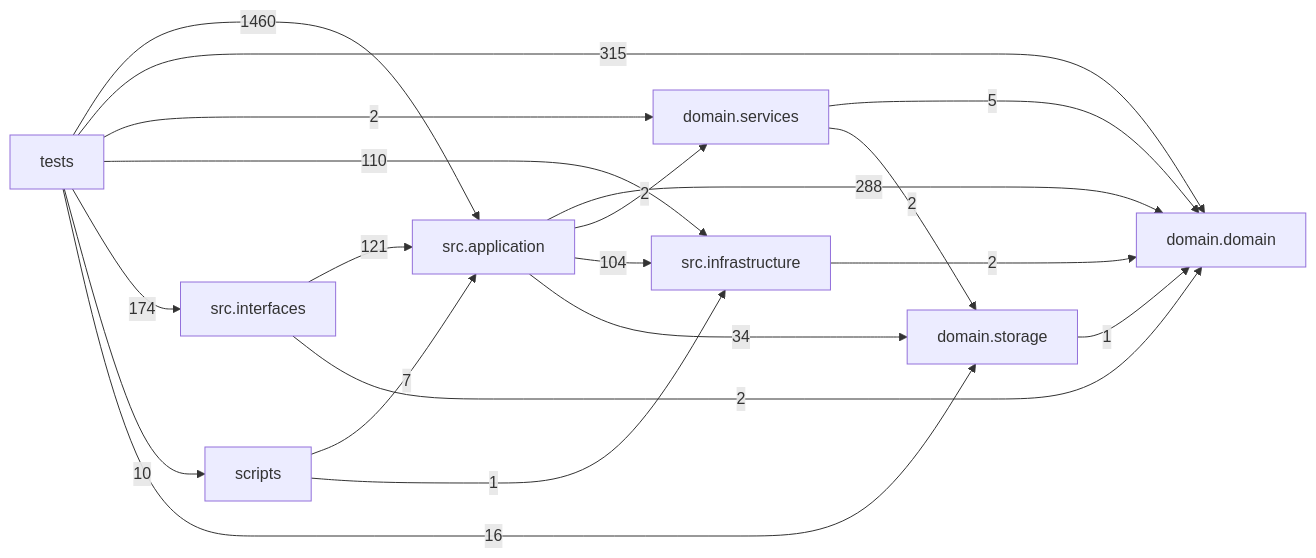
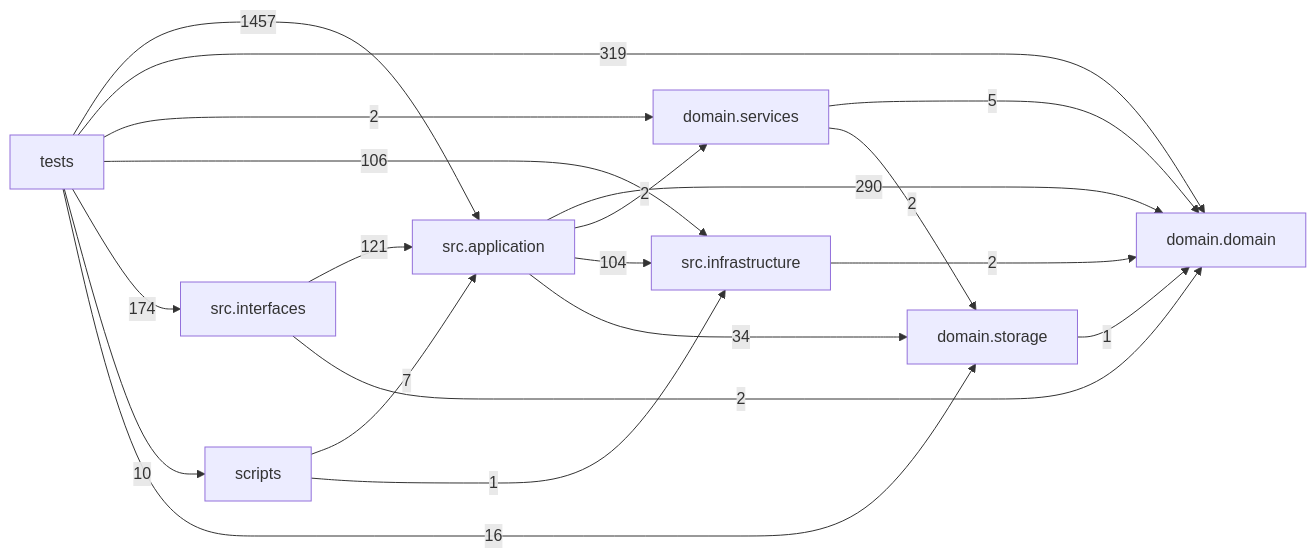
One commit to liuxie066/options-monitor changed the diagram in docs/DEPENDENCY_GRAPH.md. Above: the diagram before and after it, drawn with Mermaid. The commit also changed other lines of this file and 3 other files, not shown here.

````diff
--- a/docs/DEPENDENCY_GRAPH.md
+++ b/docs/DEPENDENCY_GRAPH.md
@@ -24,30 +24,30 @@
 ```mermaid
 flowchart LR
   tests["tests"]
   scripts["scripts"]
   interfaces["src.interfaces"]
   application["src.application"]
   infrastructure["src.infrastructure"]
   domain_services["domain.services"]
   domain["domain.domain"]
   storage["domain.storage"]
-  application -->|288| domain
+  application -->|290| domain
   application -->|2| domain_services
   application -->|104| infrastructure
   application -->|34| storage
   domain_services -->|5| domain
   domain_services -->|2| storage
   infrastructure -->|2| domain
   interfaces -->|121| application
   interfaces -->|2| domain
   scripts -->|7| application
   scripts -->|1| infrastructure
   storage -->|1| domain
-  tests -->|1460| application
-  tests -->|315| domain
+  tests -->|1457| application
+  tests -->|319| domain
   tests -->|2| domain_services
-  tests -->|110| infrastructure
+  tests -->|106| infrastructure
   tests -->|174| interfaces
   tests -->|10| scripts
   tests -->|16| storage
 ```
````
